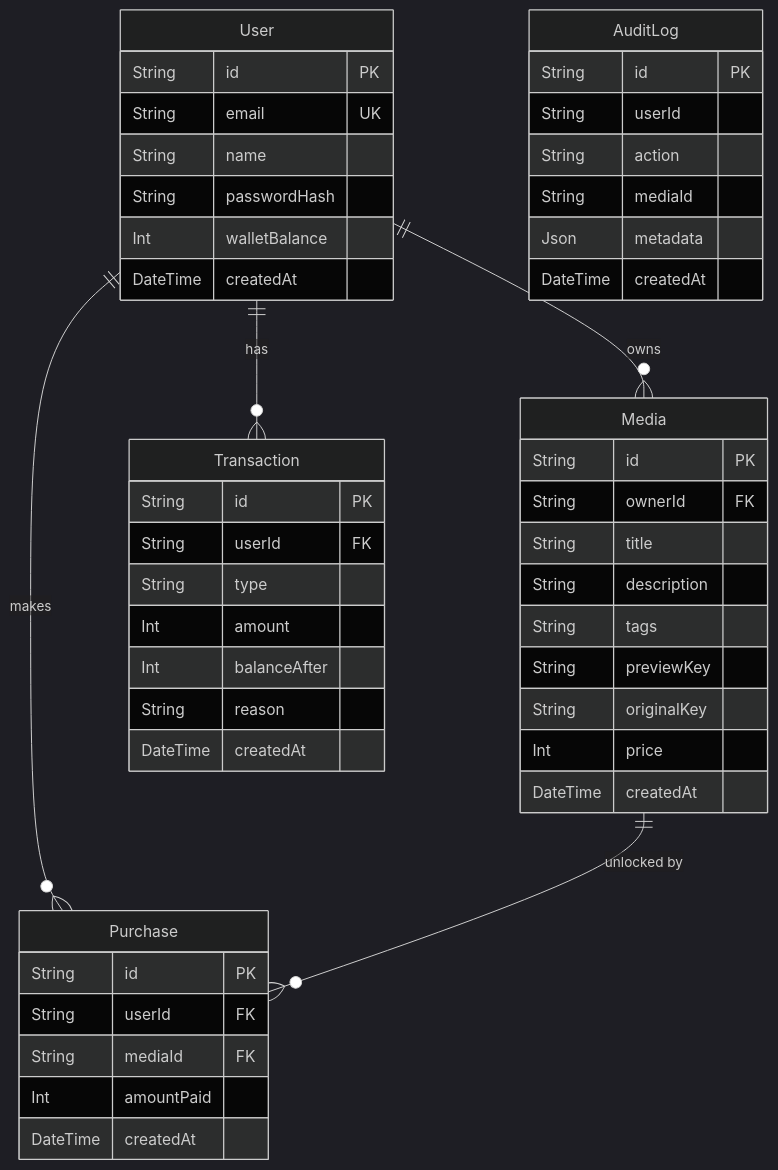
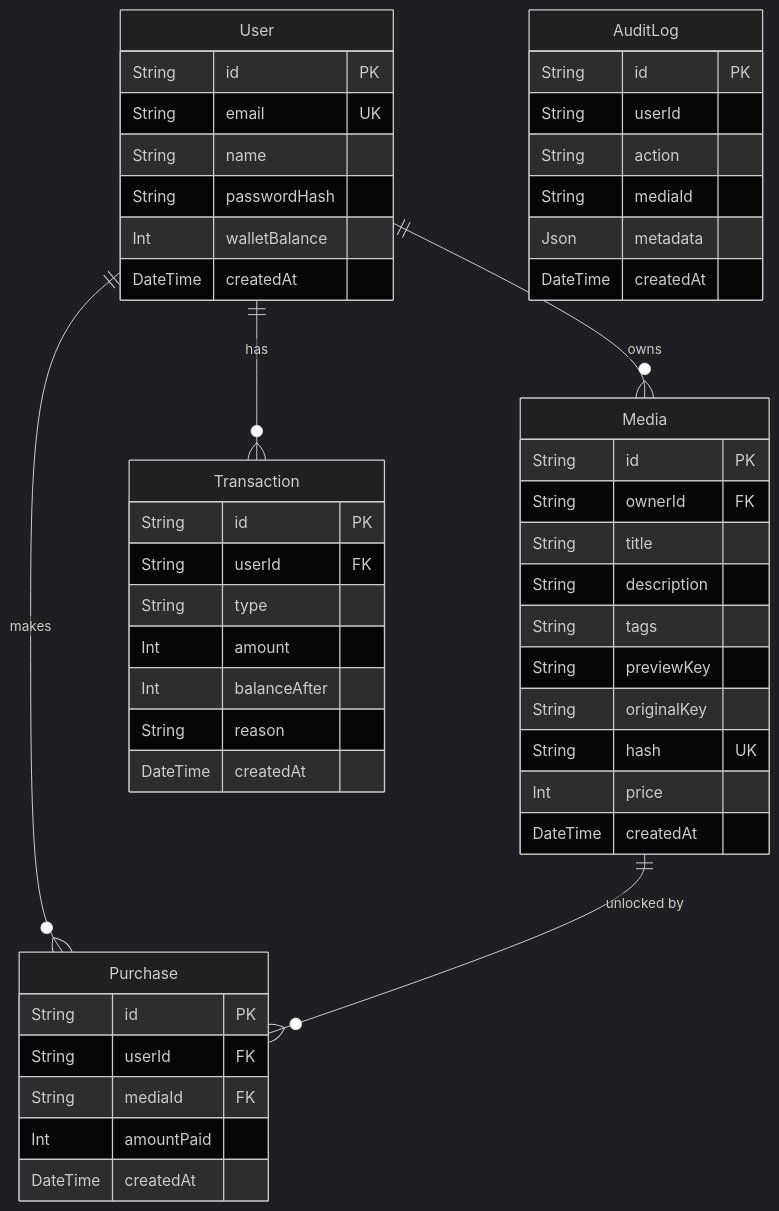
The second of 2 diagrams in README.md (talibuilds/FAZE), drawn with Mermaid (dark theme) before and after one commit. The commit also changed other lines of this file and 1 other file, not shown here.

````diff
--- a/README.md
+++ b/README.md
@@ -184,55 +187,56 @@
 ```mermaid
 erDiagram
     User ||--o{ Media : "owns"
     User ||--o{ Purchase : "makes"
     User ||--o{ Transaction : "has"
     Media ||--o{ Purchase : "unlocked by"
 
     User {
         String id PK
         String email UK
         String name
         String passwordHash
         Int walletBalance
         DateTime createdAt
     }
     
     Media {
         String id PK
         String ownerId FK
         String title
         String description
         String tags
         String previewKey
         String originalKey
+        String hash UK
         Int price
         DateTime createdAt
     }
     
     Purchase {
         String id PK
         String userId FK
         String mediaId FK
         Int amountPaid
         DateTime createdAt
     }
     
     Transaction {
         String id PK
         String userId FK
         String type
         Int amount
         Int balanceAfter
         String reason
         DateTime createdAt
     }
     
     AuditLog {
         String id PK
         String userId
         String action
         String mediaId
         Json metadata
         DateTime createdAt
     }
 ```
````
